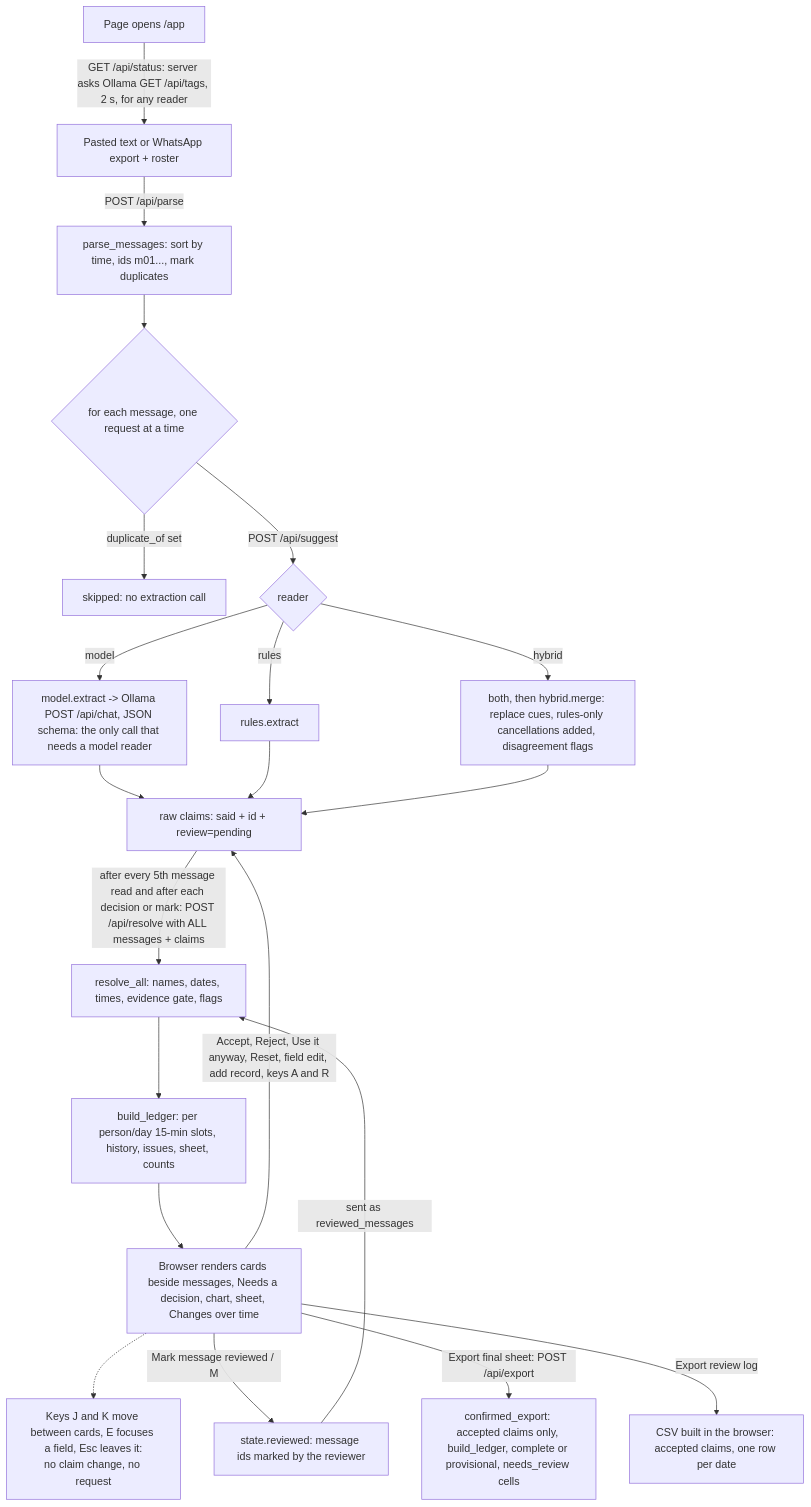
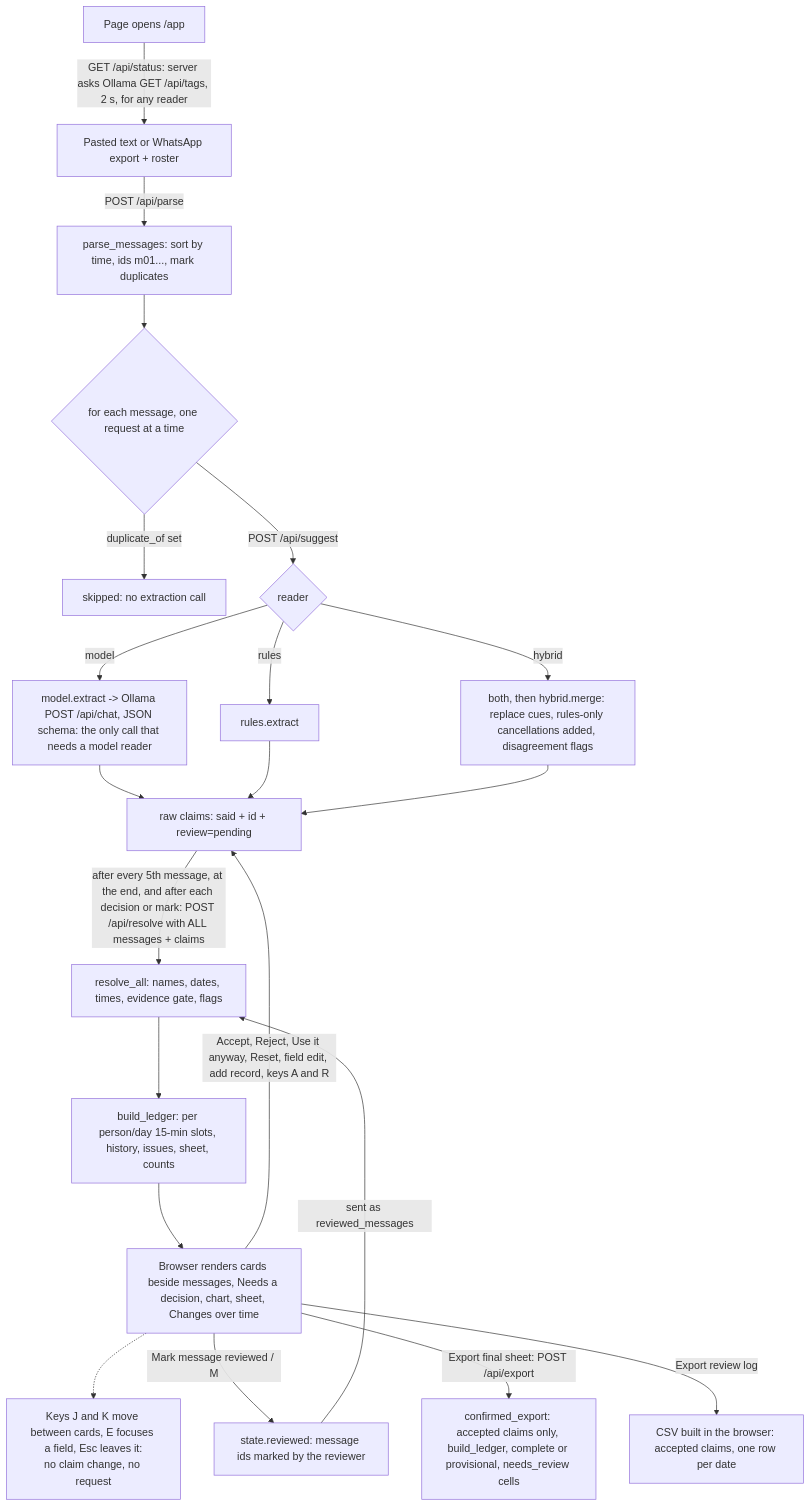
Before and after one commit to bipul724/availability-ledger: the first of 4 diagrams in docs/ARCHITECTURE.md, drawn with Mermaid. The commit also changed other lines of this file and 3 other files, not shown here.

Commit message:
docs: align API, architecture, diagram map and export spec with the source

````diff
--- a/docs/ARCHITECTURE.md
+++ b/docs/ARCHITECTURE.md
@@ -68,23 +74,23 @@
 ```mermaid
 flowchart TD
     S[Page opens /app] -->|GET /api/status: server asks Ollama GET /api/tags, 2 s, for any reader| A
     A[Pasted text or WhatsApp export + roster] -->|POST /api/parse| B[parse_messages: sort by time, ids m01..., mark duplicates]
     B --> C{for each message, one request at a time}
     C -->|duplicate_of set| C2[skipped: no extraction call]
     C -->|POST /api/suggest| D{reader}
     D -->|model| E[model.extract -> Ollama POST /api/chat, JSON schema: the only call that needs a model reader]
     D -->|rules| F[rules.extract]
     D -->|hybrid| G[both, then hybrid.merge: replace cues, rules-only cancellations added, disagreement flags]
     E --> H[raw claims: said + id + review=pending]
     F --> H
     G --> H
-    H -->|after every 5th message read and after each decision or mark: POST /api/resolve with ALL messages + claims| I[resolve_all: names, dates, times, evidence gate, flags]
+    H -->|after every 5th message, at the end, and after each decision or mark: POST /api/resolve with ALL messages + claims| I[resolve_all: names, dates, times, evidence gate, flags]
     I --> J[build_ledger: per person/day 15-min slots, history, issues, sheet, counts]
     J --> K[Browser renders cards beside messages, Needs a decision, chart, sheet, Changes over time]
     K -->|Accept, Reject, Use it anyway, Reset, field edit, add record, keys A and R| H
     K -.-> NAV[Keys J and K move between cards, E focuses a field, Esc leaves it:<br/>no claim change, no request]
     K -->|Mark message reviewed / M| R[state.reviewed: message ids marked by the reviewer]
     R -->|sent as reviewed_messages| I
     K -->|Export final sheet: POST /api/export| M[confirmed_export: accepted claims only, build_ledger, complete or provisional, needs_review cells]
     K -->|Export review log| L[CSV built in the browser: accepted claims, one row per date]
 ```
````
